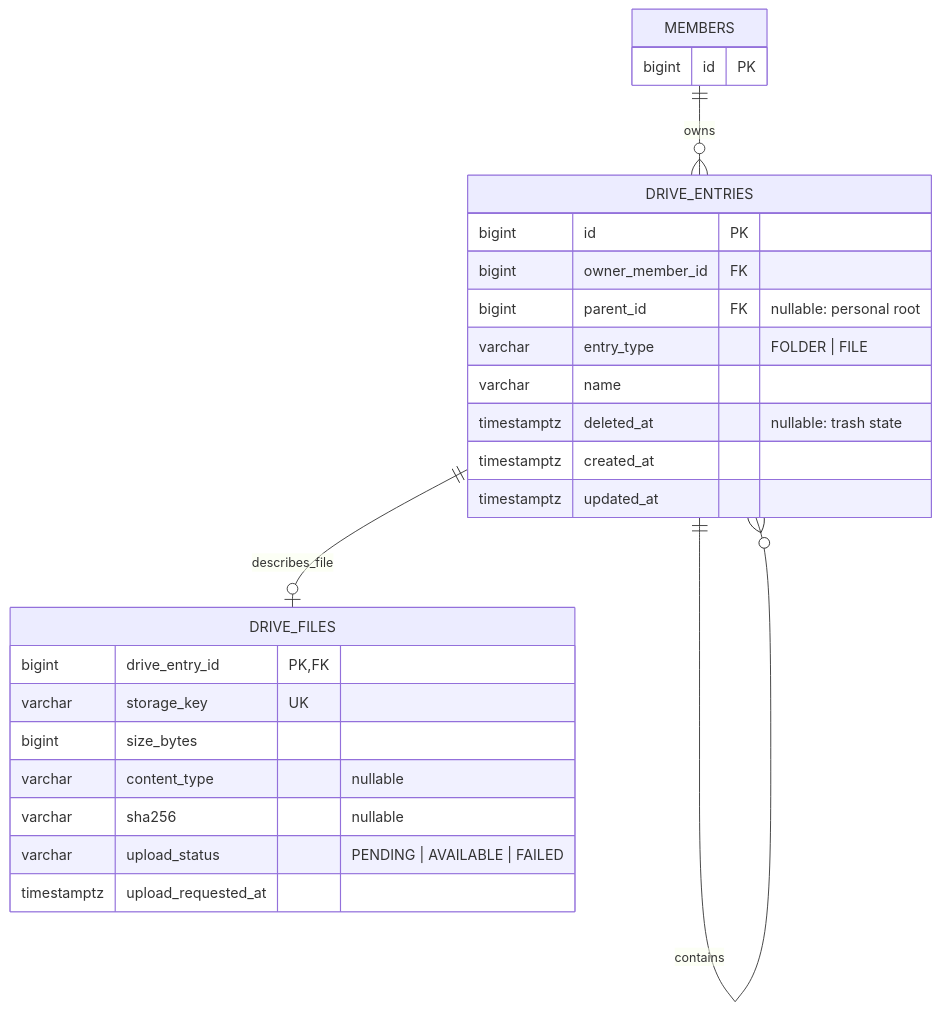
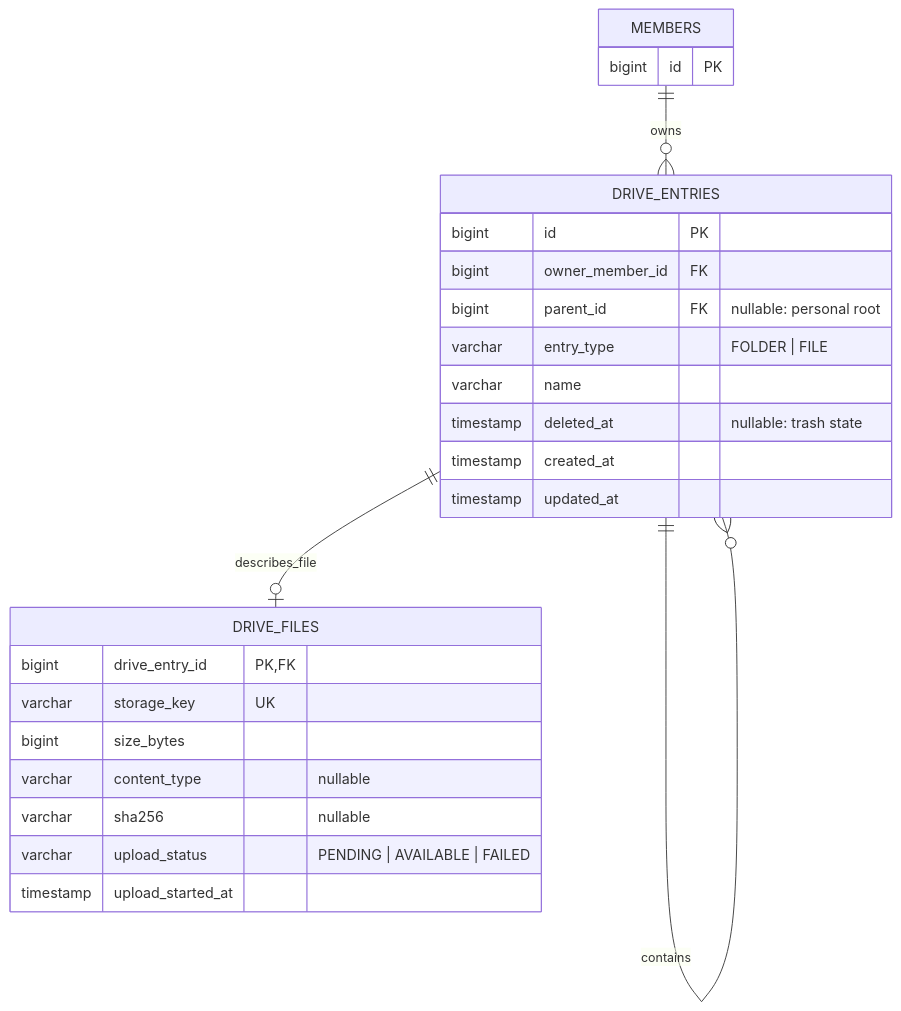
One commit to HoBaeBang/naruworks-platform changed the diagram in docs/services/naru-drive/mvp-domain-model.md. Above: the diagram before and after it, drawn with Mermaid. The commit also changed other lines of this file and 13 other files, not shown here.

````diff
--- a/docs/services/naru-drive/mvp-domain-model.md
+++ b/docs/services/naru-drive/mvp-domain-model.md
@@ -17,32 +17,32 @@
 ```mermaid
 erDiagram
     MEMBERS ||--o{ DRIVE_ENTRIES : owns
     DRIVE_ENTRIES ||--o| DRIVE_FILES : describes_file
     DRIVE_ENTRIES ||--o{ DRIVE_ENTRIES : contains
 
     MEMBERS {
         bigint id PK
     }
 
     DRIVE_ENTRIES {
         bigint id PK
         bigint owner_member_id FK
         bigint parent_id FK "nullable: personal root"
         varchar entry_type "FOLDER | FILE"
         varchar name
-        timestamptz deleted_at "nullable: trash state"
-        timestamptz created_at
-        timestamptz updated_at
+        timestamp deleted_at "nullable: trash state"
+        timestamp created_at
+        timestamp updated_at
     }
 
     DRIVE_FILES {
         bigint drive_entry_id PK, FK
         varchar storage_key UK
         bigint size_bytes
         varchar content_type "nullable"
         varchar sha256 "nullable"
         varchar upload_status "PENDING | AVAILABLE | FAILED"
-        timestamptz upload_requested_at
+        timestamp upload_started_at
     }
 
 ```
````
